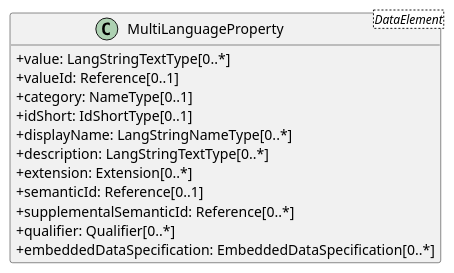
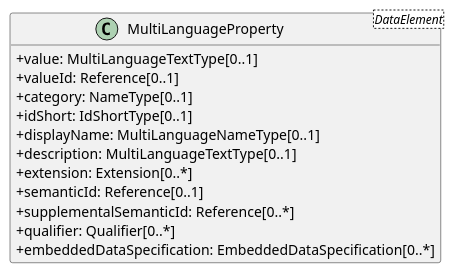
One commit to zrgt/py2puml changed the diagram in output/classes/MultiLanguageProperty.puml. Above: the diagram before and after it, drawn with PlantUML. The commit also changed 35 other files, not shown here.

Commit message:
Rename "LangString..." classes to "MultiLanguage..."

```diff
--- a/output/classes/MultiLanguageProperty.puml
+++ b/output/classes/MultiLanguageProperty.puml
@@ -1,18 +1,18 @@
 @startuml
 skinparam classAttributeIconSize 0
 hide methods
 
 class MultiLanguageProperty<DataElement> {
-  +value: LangStringTextType[0..*] 
+  +value: MultiLanguageTextType[0..1] 
   +valueId: Reference[0..1] 
   +category: NameType[0..1] 
   +idShort: IdShortType[0..1] 
-  +displayName: LangStringNameType[0..*] 
-  +description: LangStringTextType[0..*] 
+  +displayName: MultiLanguageNameType[0..1] 
+  +description: MultiLanguageTextType[0..1] 
   +extension: Extension[0..*] 
   +semanticId: Reference[0..1] 
   +supplementalSemanticId: Reference[0..*] 
   +qualifier: Qualifier[0..*] 
   +embeddedDataSpecification: EmbeddedDataSpecification[0..*] 
 }
 @enduml
```
